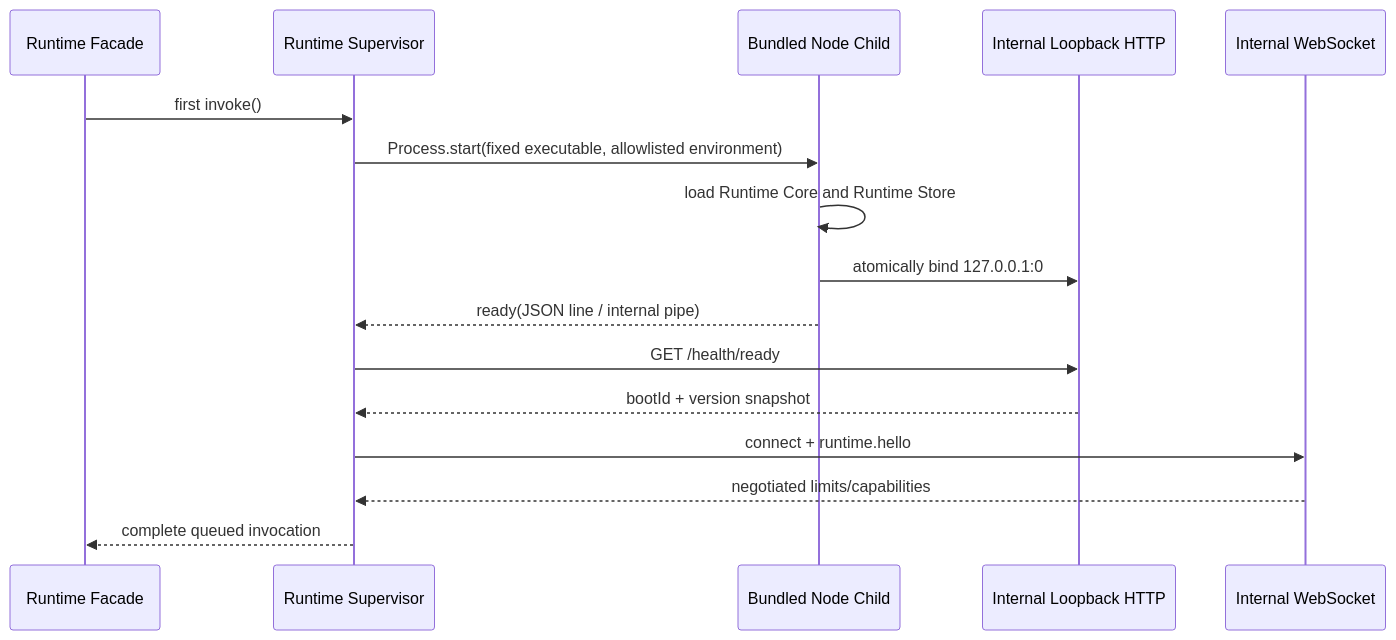
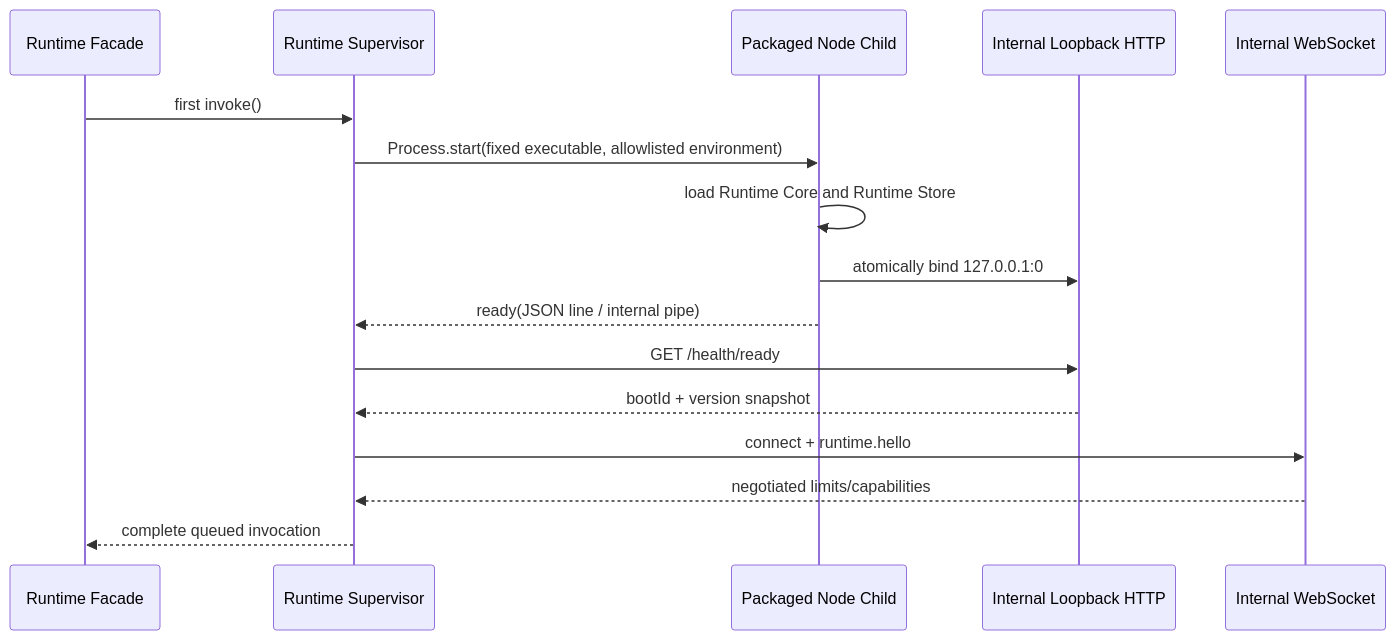
Before and after one commit to lingy-Mg/mg_read: the second of 2 diagrams in docs/architecture/03-runtime-lifecycle.md, drawn with Mermaid. The commit also changed other lines of this file and 28 other files, not shown here.

````diff
--- a/docs/architecture/03-runtime-lifecycle.md
+++ b/docs/architecture/03-runtime-lifecycle.md
@@ -62,19 +62,19 @@
 ```mermaid
 sequenceDiagram
     participant F as Runtime Facade
     participant S as Runtime Supervisor
-    participant P as Bundled Node Child
+    participant P as Packaged Node Child
     participant H as Internal Loopback HTTP
     participant W as Internal WebSocket
 
     F->>S: first invoke()
     S->>P: Process.start(fixed executable, allowlisted environment)
     P->>P: load Runtime Core and Runtime Store
     P->>H: atomically bind 127.0.0.1:0
     P-->>S: ready(JSON line / internal pipe)
     S->>H: GET /health/ready
     H-->>S: bootId + version snapshot
     S->>W: connect + runtime.hello
     W-->>S: negotiated limits/capabilities
     S-->>F: complete queued invocation
 ```
````
